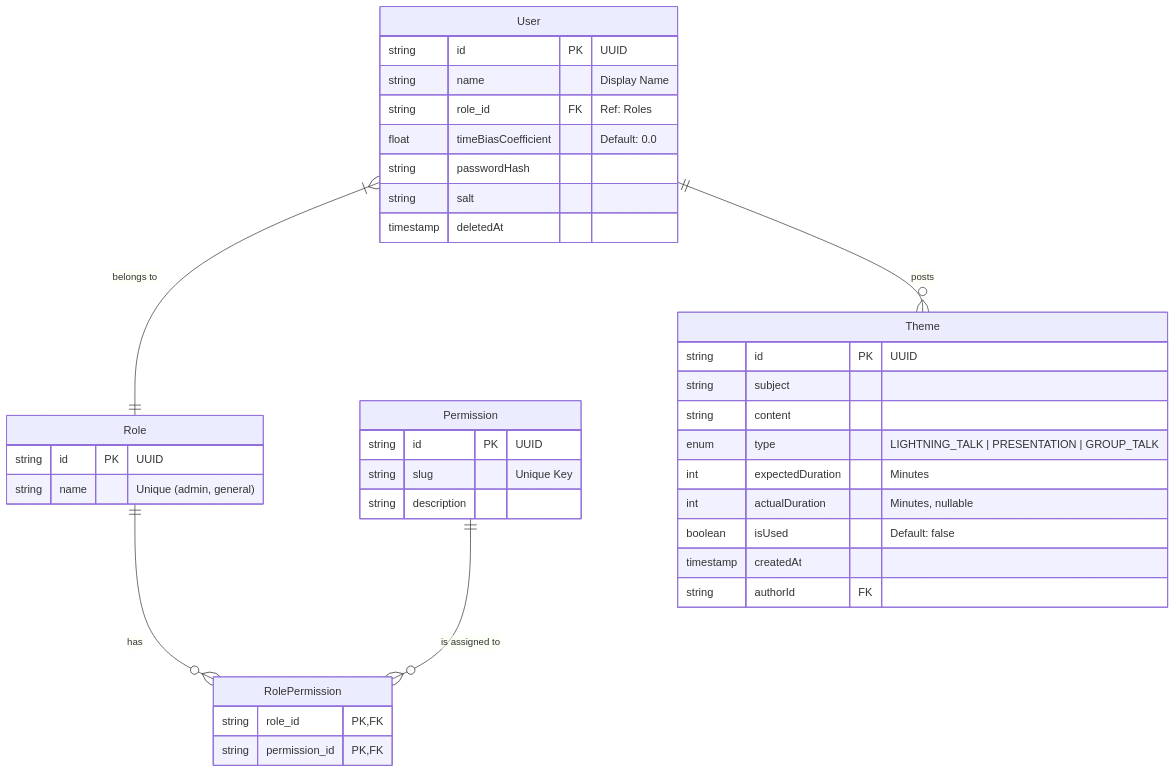
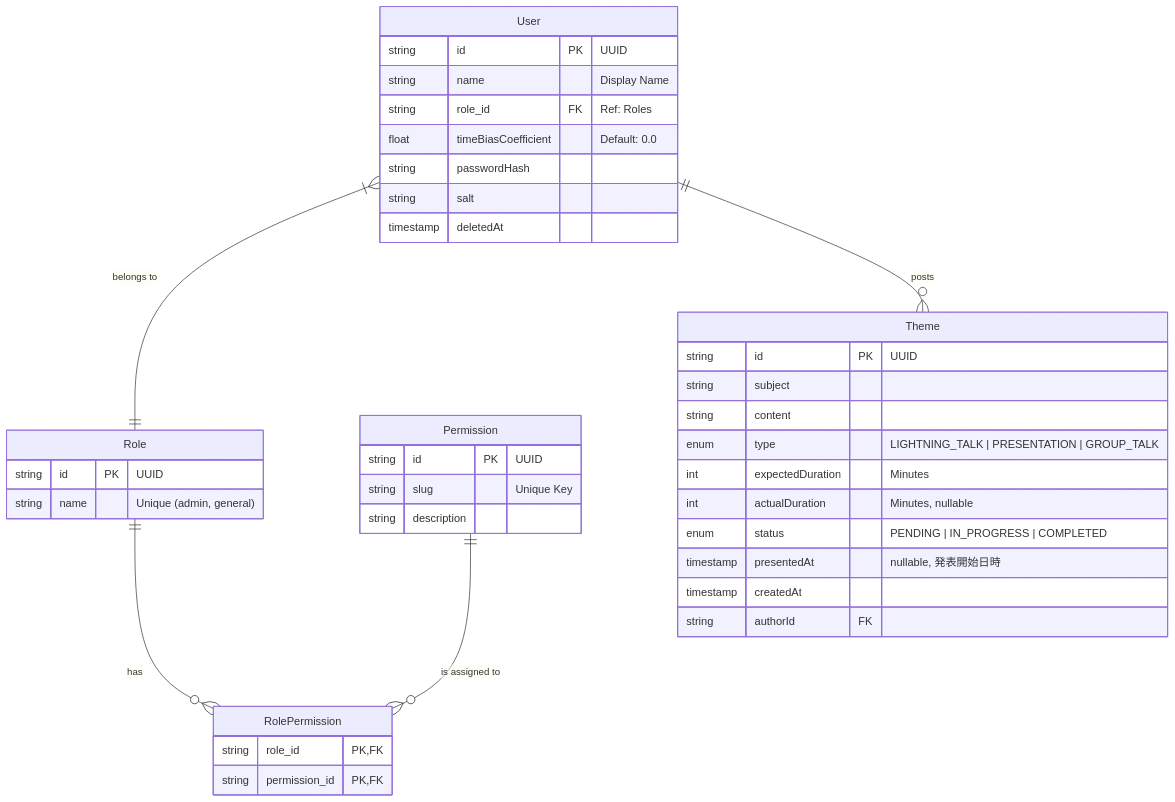
Before and after one commit to SaKaneko/omikuji-gum-talk-next: the diagram in doc/design.md, drawn with Mermaid. The commit also changed other lines of this file and 14 other files, not shown here.

````diff
--- a/doc/design.md
+++ b/doc/design.md
@@ -29,41 +29,42 @@
 ```mermaid
 erDiagram
     User }|--|| Role : "belongs to"
     Role ||--o{ RolePermission : "has"
     Permission ||--o{ RolePermission : "is assigned to"
     User ||--o{ Theme : "posts"
 
     User {
         string id PK "UUID"
         string name "Display Name"
         string role_id FK "Ref: Roles"
         float timeBiasCoefficient "Default: 0.0"
         string passwordHash
         string salt
         timestamp deletedAt
     }
     Role {
         string id PK "UUID"
         string name "Unique (admin, general)"
     }
     Permission {
         string id PK "UUID"
         string slug "Unique Key"
         string description
     }
     RolePermission {
         string role_id PK, FK
         string permission_id PK, FK
     }
     Theme {
         string id PK "UUID"
         string subject
         string content
         enum type "LIGHTNING_TALK | PRESENTATION | GROUP_TALK"
         int expectedDuration "Minutes"
         int actualDuration "Minutes, nullable"
-        boolean isUsed "Default: false"
+        enum status "PENDING | IN_PROGRESS | COMPLETED"
+        timestamp presentedAt "nullable, 発表開始日時"
         timestamp createdAt
         string authorId FK
     }
 ```
````
